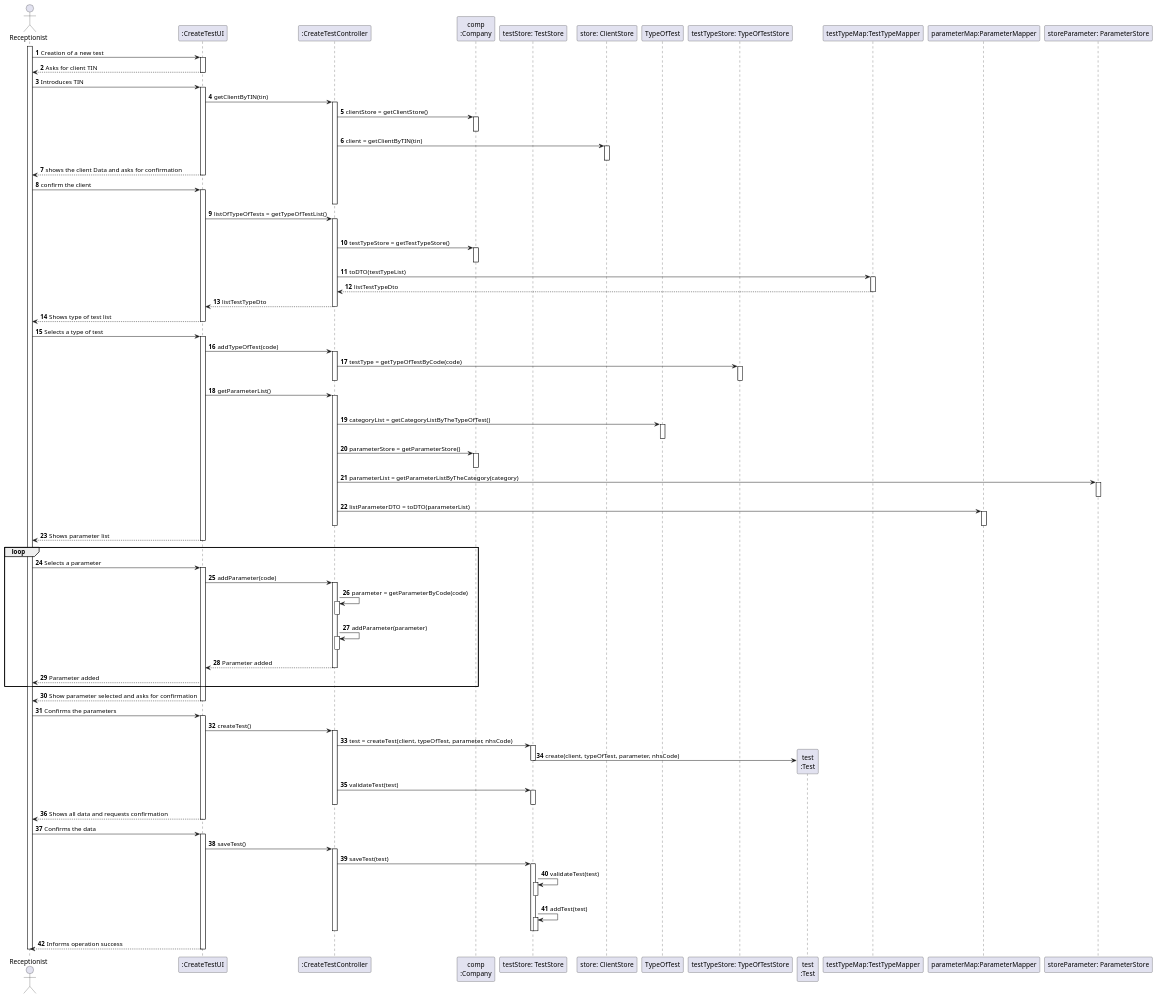
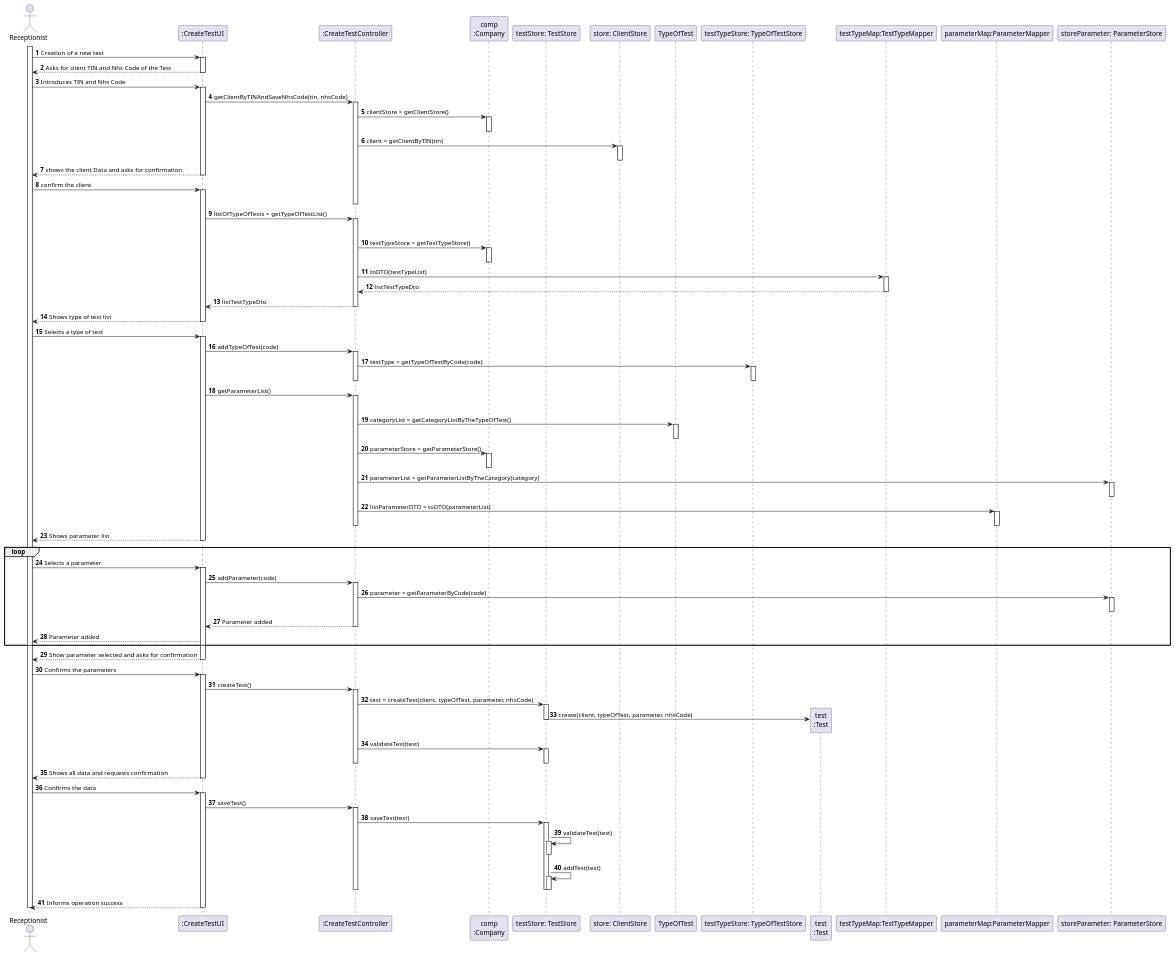
Before and after one commit to GuilhermeCunha79/lapr2: the diagram in docs/SprintC/US4/UC4_SD.puml, drawn with PlantUML. The commit also changed 12 other files, not shown here.

Commit message:
[US4]Update all Diagrams And finish class CreateTestController.java And update the other classes referenced in the commit

```diff
--- a/docs/SprintC/US4/UC4_SD.puml
+++ b/docs/SprintC/US4/UC4_SD.puml
@@ -26,11 +26,12 @@
 activate REC
 REC -> UI : Creation of a new test
 activate UI
-UI --> REC :Asks for client TIN
+UI --> REC :Asks for client TIN and Nhs Code of the Test
+
 deactivate UI
-REC -> UI : Introduces TIN
+REC -> UI : Introduces TIN and Nhs Code
 activate UI
-UI -> CTRL : getClientByTIN(tin)
+UI -> CTRL : getClientByTINAndSaveNhsCode(tin, nhsCode)
 activate CTRL
 
 
@@ -130,13 +131,12 @@
 activate UI
 UI -> CTRL : addParameter(code)
 activate CTRL
-CTRL -> CTRL : parameter = getParameterByCode(code)
-activate CTRL
-deactivate CTRL
+CTRL -> PSTORE : parameter = getParameterByCode(code)
+activate PSTORE
+deactivate PSTORE
 
-CTRL -> CTRL : addParameter(parameter)
-activate CTRL
-deactivate CTRL
+
+
 CTRL --> UI : Parameter added
 deactivate CTRL
 
```
